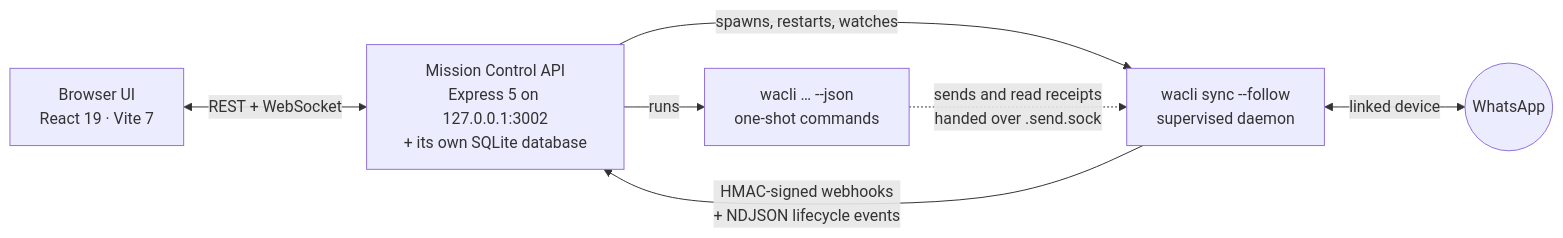
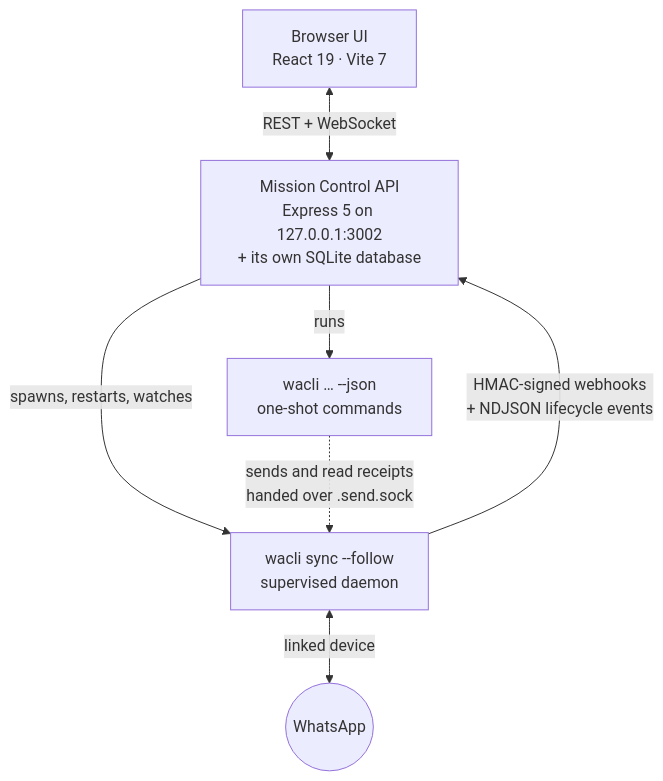
Before and after one commit to greenido/wacli-ui: the diagram in README.md, drawn with Mermaid.

Commit message:
docs: draw the architecture diagram top to bottom so it reads at README width

````diff
--- a/README.md
+++ b/README.md
@@ -237,15 +237,15 @@
 ```mermaid
-flowchart LR
+flowchart TB
     UI["Browser UI<br/>React 19 · Vite 7"]
     API["Mission Control API<br/>Express 5 on 127.0.0.1:3002<br/>+ its own SQLite database"]
     CLI["wacli … --json<br/>one-shot commands"]
     D["wacli sync --follow<br/>supervised daemon"]
     WA(("WhatsApp"))
 
     UI <-->|"REST + WebSocket"| API
     API -->|"runs"| CLI
     API -->|"spawns, restarts, watches"| D
     D -->|"HMAC-signed webhooks<br/>+ NDJSON lifecycle events"| API
     CLI -.->|"sends and read receipts<br/>handed over .send.sock"| D
     D <-->|"linked device"| WA
 ```
````
